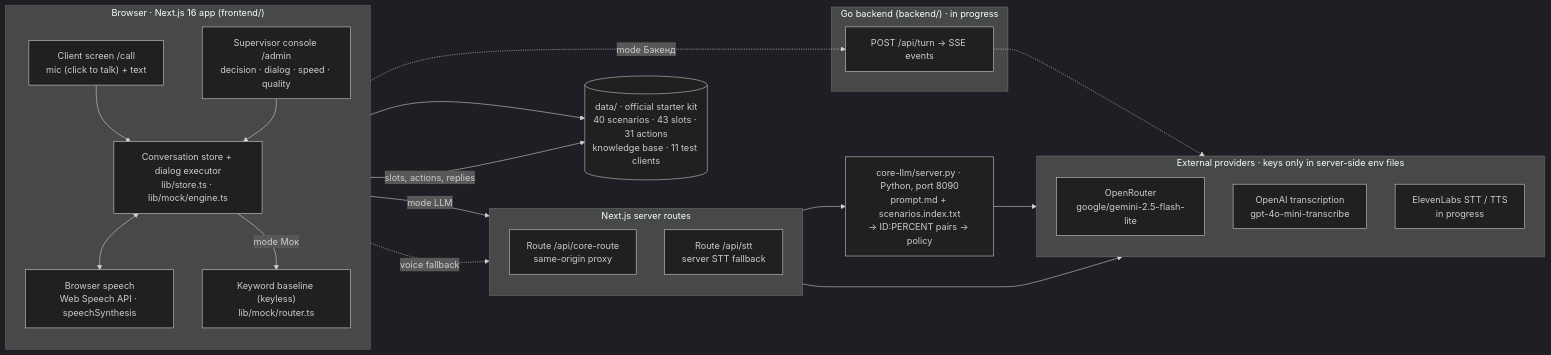
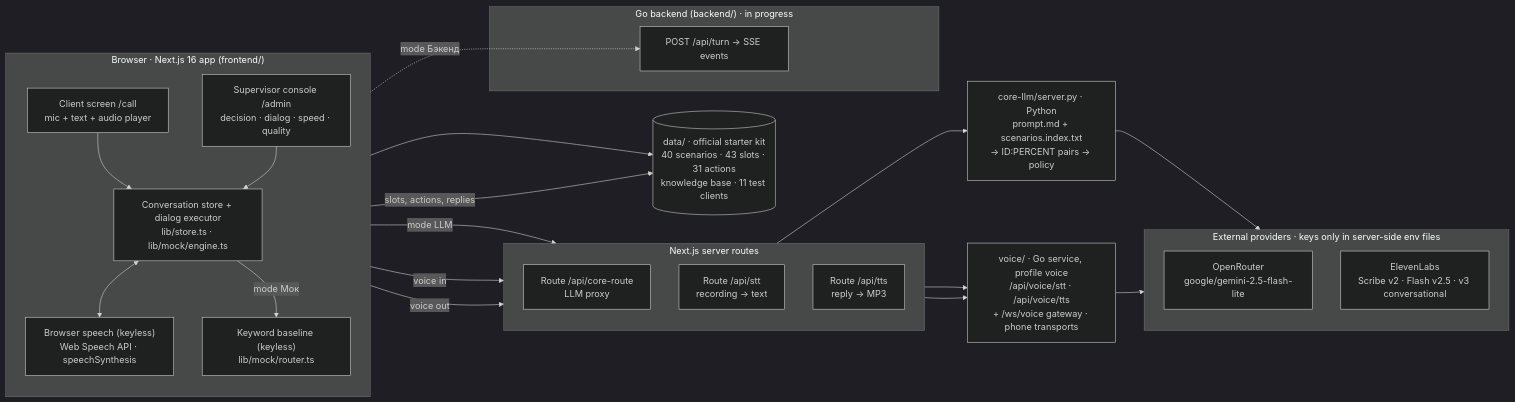
The first of 6 diagrams in README.md (BAITC-Hacks/hack-9dd7b5f3-plus), drawn with Mermaid (dark theme) before and after one commit. The commit also changed other lines of this file, not shown here.

First line of the commit message:
docs(readme): OpenRouter and ElevenLabs features, voice on main, key policy

````diff
--- a/README.md
+++ b/README.md
@@ -256,46 +259,49 @@
 ```mermaid
 flowchart LR
   subgraph B["Browser · Next.js 16 app (frontend/)"]
     direction TB
-    CALL["Client screen /call<br/>mic (click to talk) + text"]
+    CALL["Client screen /call<br/>mic + text + audio player"]
     ADMIN["Supervisor console /admin<br/>decision · dialog · speed · quality"]
     STORE["Conversation store + dialog executor<br/>lib/store.ts · lib/mock/engine.ts"]
-    VOICE["Browser speech<br/>Web Speech API · speechSynthesis"]
+    VOICE["Browser speech (keyless)<br/>Web Speech API · speechSynthesis"]
     MOCK["Keyword baseline (keyless)<br/>lib/mock/router.ts"]
   end
 
   subgraph N["Next.js server routes"]
     direction TB
-    PROXY["Route /api/core-route<br/>same-origin proxy"]
-    STTR["Route /api/stt<br/>server STT fallback"]
+    PROXY["Route /api/core-route<br/>LLM proxy"]
+    STTR["Route /api/stt<br/>recording → text"]
+    TTSR["Route /api/tts<br/>reply → MP3"]
   end
 
-  CORE["core-llm/server.py · Python, port 8090<br/>prompt.md + scenarios.index.txt<br/>→ ID:PERCENT pairs → policy"]
+  CORE["core-llm/server.py · Python<br/>prompt.md + scenarios.index.txt<br/>→ ID:PERCENT pairs → policy"]
+  VSVC["voice/ · Go service, profile voice<br/>/api/voice/stt · /api/voice/tts<br/>+ /ws/voice gateway · phone transports"]
 
   subgraph G["Go backend (backend/) · in progress"]
     API["POST /api/turn → SSE events"]
   end
 
   subgraph X["External providers · keys only in server-side env files"]
     direction TB
     LLM["OpenRouter<br/>google/gemini-2.5-flash-lite"]
-    OAI["OpenAI transcription<br/>gpt-4o-mini-transcribe"]
-    SPEECH["ElevenLabs STT / TTS<br/>in progress"]
+    EL["ElevenLabs<br/>Scribe v2 · Flash v2.5 · v3 conversational"]
   end
 
   KIT[("data/ · official starter kit<br/>40 scenarios · 43 slots · 31 actions<br/>knowledge base · 11 test clients")]
 
   CALL --> STORE
   ADMIN --> STORE
   STORE <--> VOICE
   STORE -->|mode Мок| MOCK
   STORE -->|mode LLM| PROXY
+  STORE -->|voice in| STTR
+  STORE -->|voice out| TTSR
   STORE -.->|mode Бэкенд| API
-  STORE -.->|voice fallback| STTR
   PROXY --> CORE
   CORE --> LLM
-  STTR --> OAI
-  API -.-> SPEECH
+  STTR --> VSVC
+  TTSR --> VSVC
+  VSVC --> EL
   MOCK --> KIT
   STORE -->|slots, actions, replies| KIT
 ```
````
